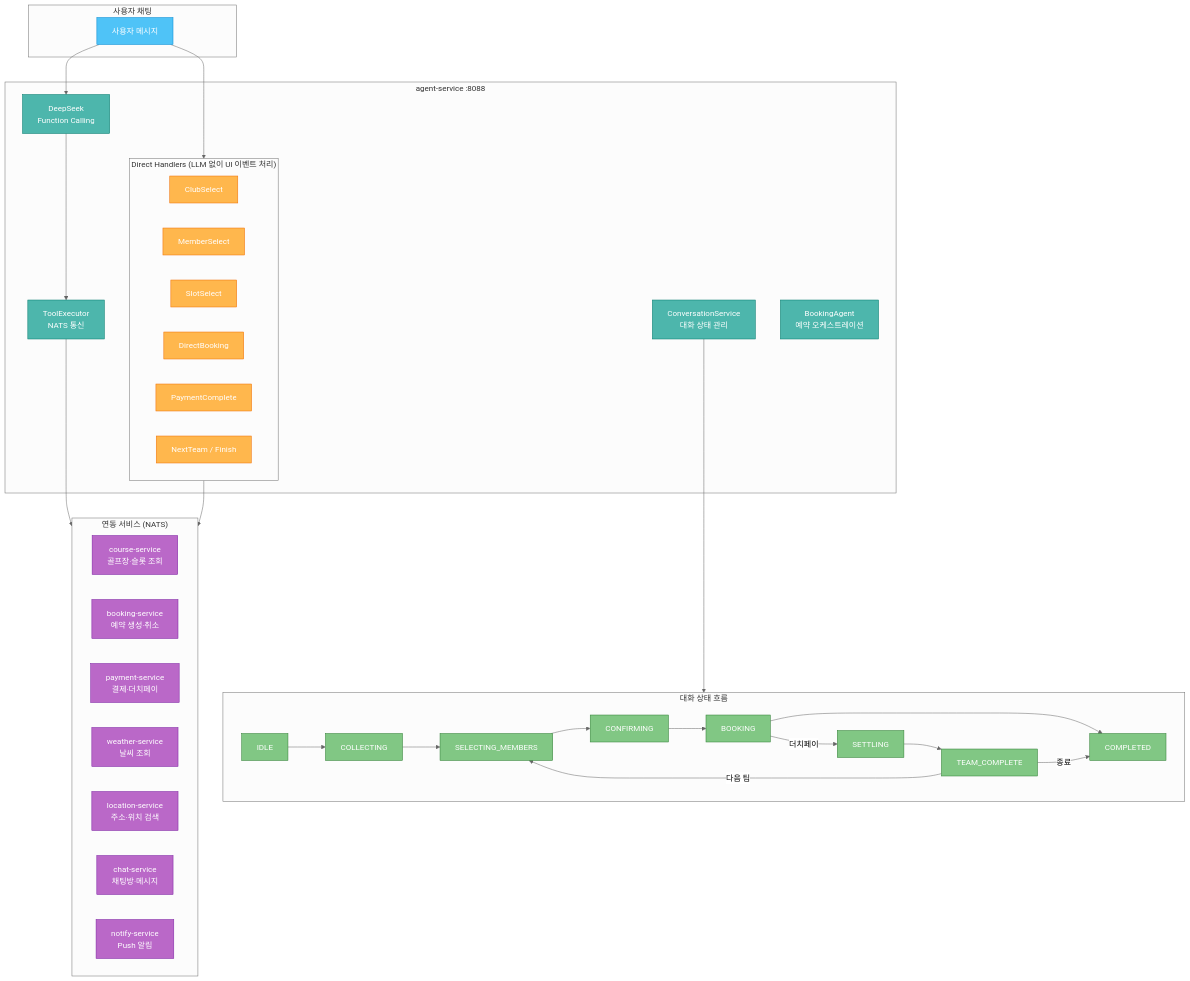
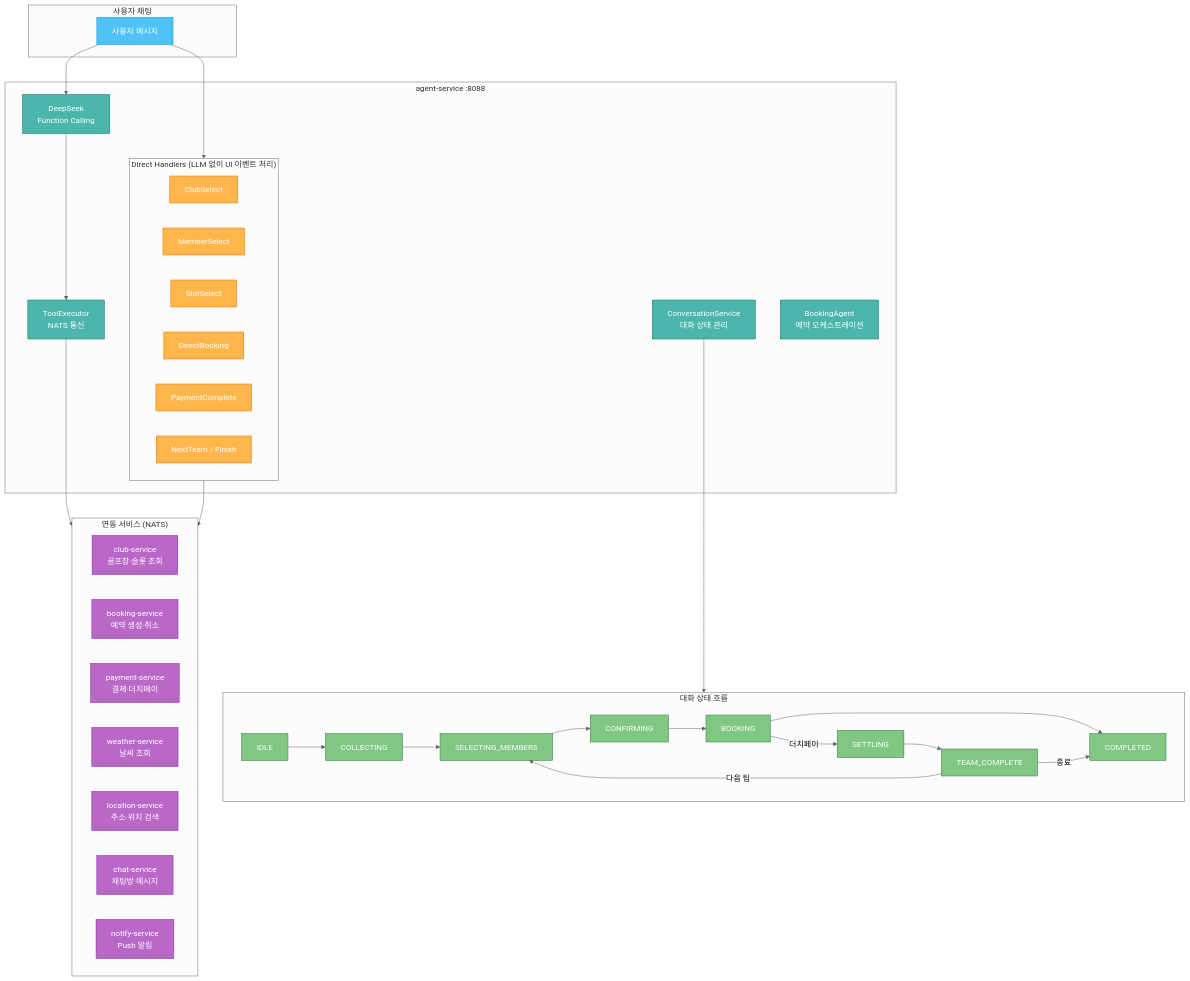
The third of 7 diagrams in docs/architecture/SYSTEM.md (uniyous/parkgolf-platform), drawn with Mermaid (neutral theme) before and after one commit. The commit also changed other lines of this file and 130 other files, not shown here.

First line of the commit message:
refactor(infra): course-service → club-service 풀 리네임 (UNI-80)

````diff
--- a/docs/architecture/SYSTEM.md
+++ b/docs/architecture/SYSTEM.md
@@ -344,63 +344,63 @@
 ```mermaid
 graph TB
     subgraph CLIENT["사용자 채팅"]
         USER["사용자 메시지"]
     end
 
     subgraph AGENT["agent-service :8088"]
         DEEPSEEK["DeepSeek<br/>Function Calling"]
         TOOL["ToolExecutor<br/>NATS 통신"]
         CONV["ConversationService<br/>대화 상태 관리"]
         BOOKING_AGENT["BookingAgent<br/>예약 오케스트레이션"]
 
         subgraph HANDLERS["Direct Handlers (LLM 없이 UI 이벤트 처리)"]
             H1["ClubSelect"]
             H2["MemberSelect"]
             H3["SlotSelect"]
             H4["DirectBooking"]
             H5["PaymentComplete"]
             H6["NextTeam / Finish"]
         end
     end
 
     subgraph SERVICES["연동 서비스 (NATS)"]
-        COURSE["course-service<br/>골프장·슬롯 조회"]
+        COURSE["club-service<br/>골프장·슬롯 조회"]
         BOOK["booking-service<br/>예약 생성·취소"]
         PAY["payment-service<br/>결제·더치페이"]
         WEATHER["weather-service<br/>날씨 조회"]
         LOC["location-service<br/>주소·위치 검색"]
         CHAT["chat-service<br/>채팅방·메시지"]
         NOTIFY["notify-service<br/>Push 알림"]
     end
 
     subgraph STATES["대화 상태 흐름"]
         S1["IDLE"] --> S2["COLLECTING"]
         S2 --> S3["SELECTING_MEMBERS"]
         S3 --> S4["CONFIRMING"]
         S4 --> S5["BOOKING"]
         S5 --> S6["COMPLETED"]
         S5 -->|더치페이| S7["SETTLING"]
         S7 --> S8["TEAM_COMPLETE"]
         S8 -->|다음 팀| S3
         S8 -->|종료| S6
     end
 
     USER --> DEEPSEEK
     USER --> HANDLERS
     DEEPSEEK --> TOOL
     TOOL --> SERVICES
     HANDLERS --> SERVICES
     CONV --> STATES
 
     classDef agent fill:#4db6ac,stroke:#00796b,color:#fff
     classDef svc fill:#ba68c8,stroke:#7b1fa2,color:#fff
     classDef state fill:#81c784,stroke:#2e7d32,color:#fff
     classDef client fill:#4fc3f7,stroke:#0288d1,color:#fff
     classDef handler fill:#ffb74d,stroke:#ef6c00,color:#fff
 
     class DEEPSEEK,TOOL,CONV,BOOKING_AGENT agent
     class COURSE,BOOK,PAY,WEATHER,LOC,CHAT,NOTIFY svc
     class S1,S2,S3,S4,S5,S6,S7,S8 state
     class USER client
     class H1,H2,H3,H4,H5,H6 handler
 ```
````
